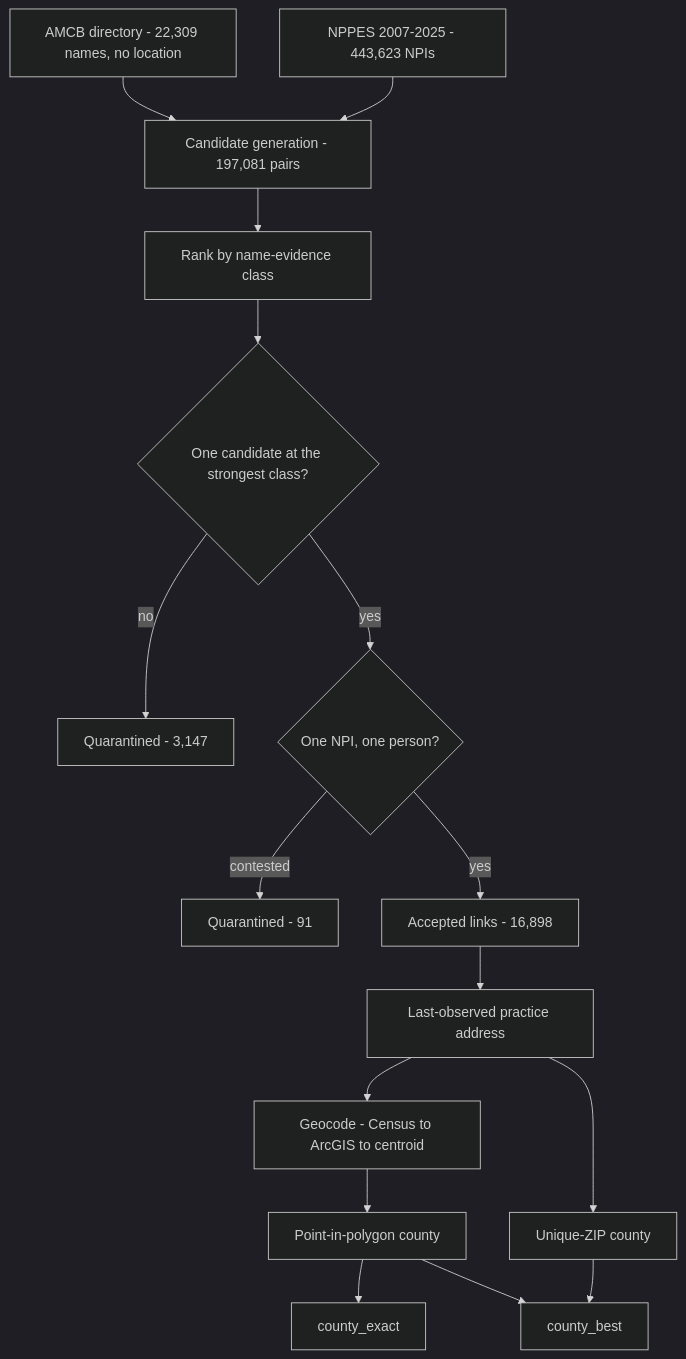
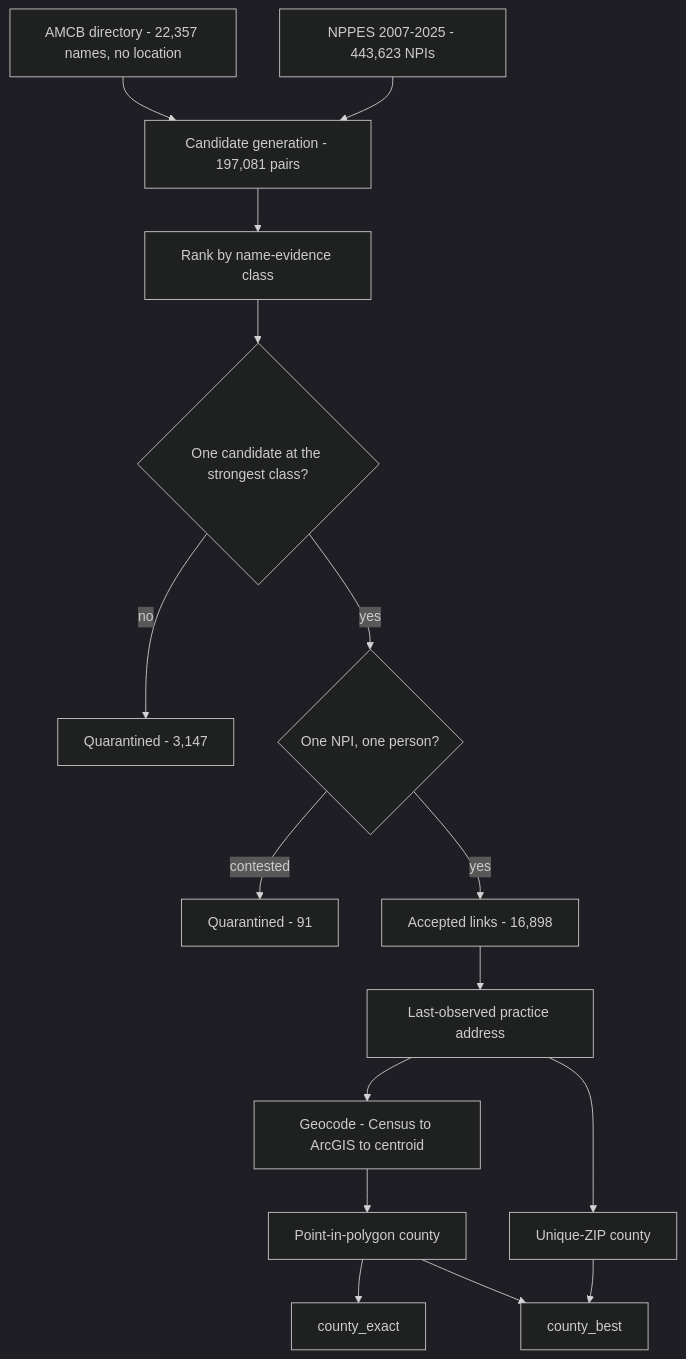
The second of 5 diagrams in README.md (mufflyt/midwifery), drawn with Mermaid (dark theme) before and after one commit. The commit also changed other lines of this file and 4 other files, not shown here.

````diff
--- a/README.md
+++ b/README.md
@@ -395,18 +395,18 @@
 ```mermaid
 flowchart TD
-  A["AMCB directory - 22,309 names, no location"] --> B["Candidate generation - 197,081 pairs"]
+  A["AMCB directory - 22,357 names, no location"] --> B["Candidate generation - 197,081 pairs"]
   P["NPPES 2007-2025 - 443,623 NPIs"] --> B
   B --> C["Rank by name-evidence class"]
   C --> D{"One candidate at the strongest class?"}
   D -->|no| Q["Quarantined - 3,147"]
   D -->|yes| E{"One NPI, one person?"}
   E -->|contested| Q2["Quarantined - 91"]
   E -->|yes| F["Accepted links - 16,898"]
   F --> G["Last-observed practice address"]
   G --> H["Geocode - Census to ArcGIS to centroid"]
   G --> J["Unique-ZIP county"]
   H --> I["Point-in-polygon county"]
   I --> K["county_exact"]
   I --> L["county_best"]
   J --> L
 ```
````
